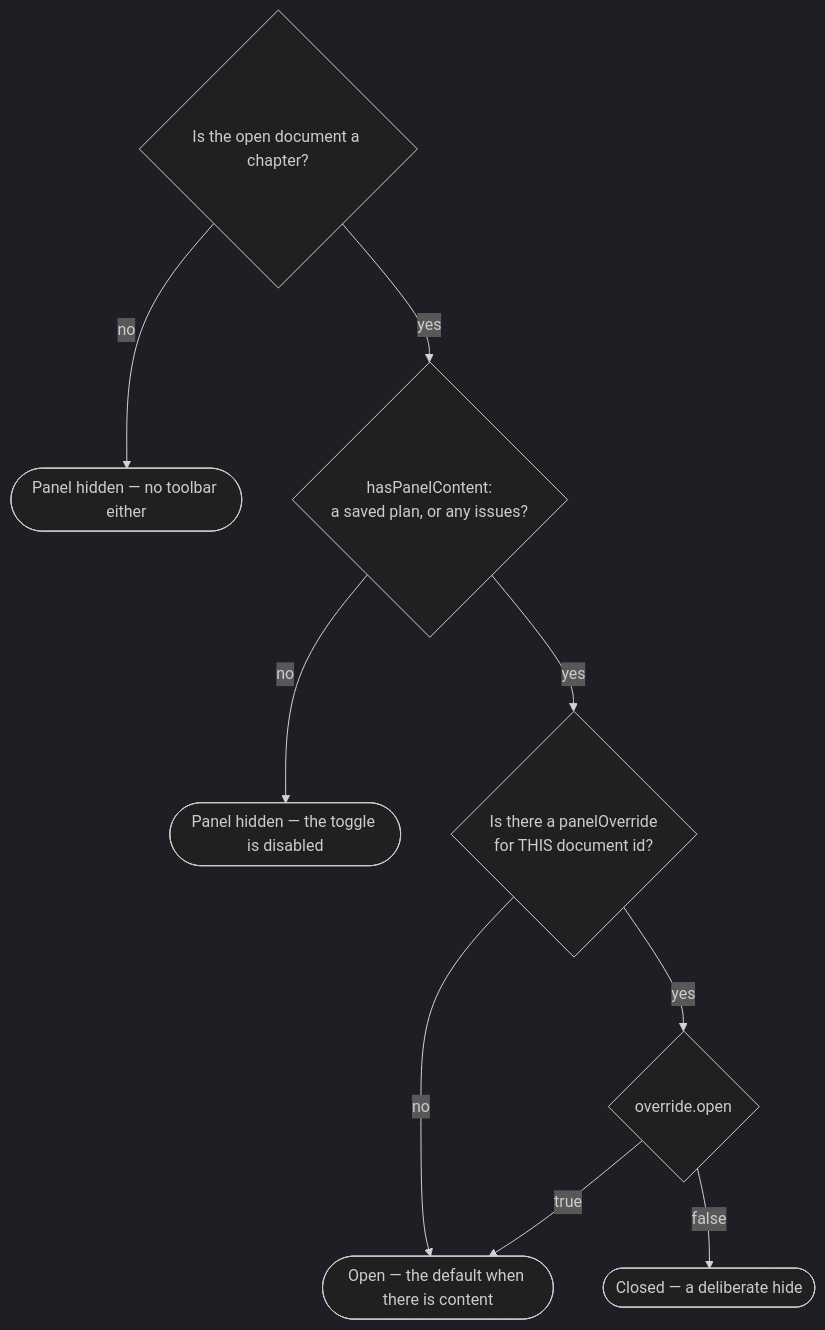
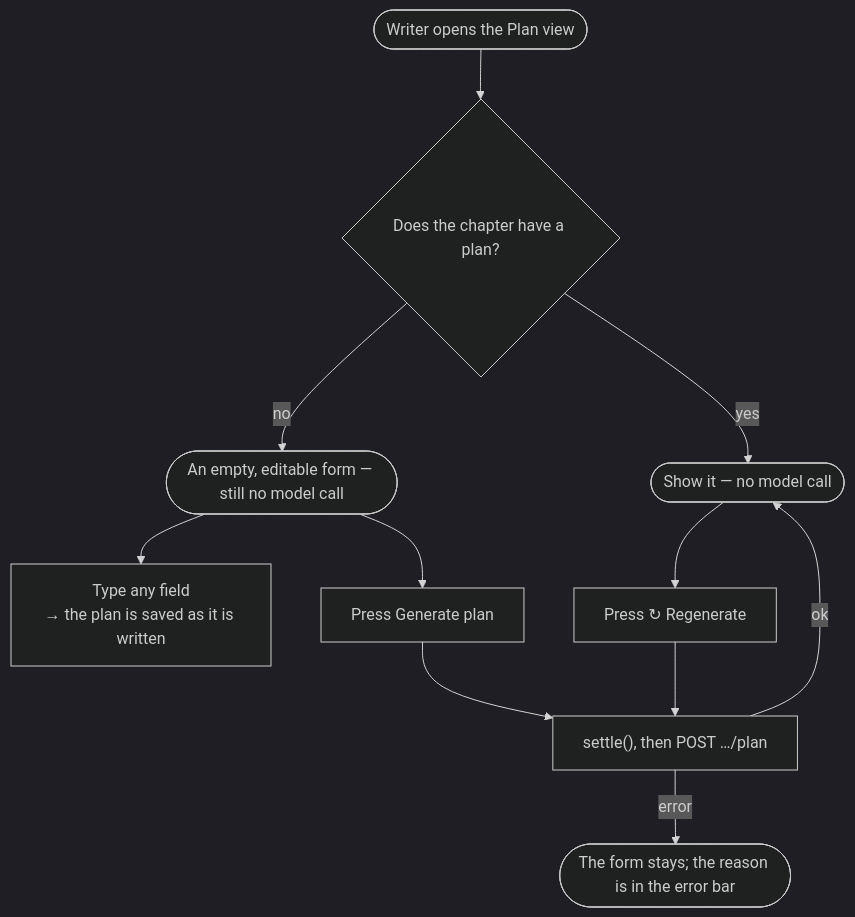
Before and after one commit to Akazz-L/maya: the sixth of 6 diagrams in docs/diagrams/05-frontend-flows.md, drawn with Mermaid (dark theme). The commit also changed other lines of this file and 27 other files, not shown here.

Commit message:
feat: replace the plan panel with Write / Plan / Issues chapter views (#18)

````diff
--- a/docs/diagrams/05-frontend-flows.md
+++ b/docs/diagrams/05-frontend-flows.md
@@ -213,11 +217,13 @@
 ```mermaid
 flowchart TD
-    A{"Is the open document a chapter?"} -->|no| HIDE(["Panel hidden — no toolbar either"])
-    A -->|yes| B{"hasPanelContent:<br/>a saved plan, or any issues?"}
-    B -->|no| HIDE2(["Panel hidden — the toggle is disabled"])
-    B -->|yes| C{"Is there a panelOverride<br/>for THIS document id?"}
-    C -->|no| OPEN(["Open — the default when there is content"])
-    C -->|yes| D{"override.open"}
-    D -->|true| OPEN
-    D -->|false| CLOSED(["Closed — a deliberate hide"])
+    OPEN(["Writer opens the Plan view"]) --> A{"Does the chapter have a plan?"}
+    A -->|yes| SHOW(["Show it — no model call"])
+    A -->|no| FORM(["An empty, editable form — still no model call"])
+    FORM --> TYPE["Type any field<br/>→ the plan is saved as it is written"]
+    FORM --> PRESS["Press Generate plan"]
+    SHOW --> REGEN["Press ↻ Regenerate"]
+    PRESS --> GEN["settle(), then POST …/plan"]
+    REGEN --> GEN
+    GEN -->|ok| SHOW
+    GEN -->|error| KEEP(["The form stays; the reason is in the error bar"])
 ```
````
